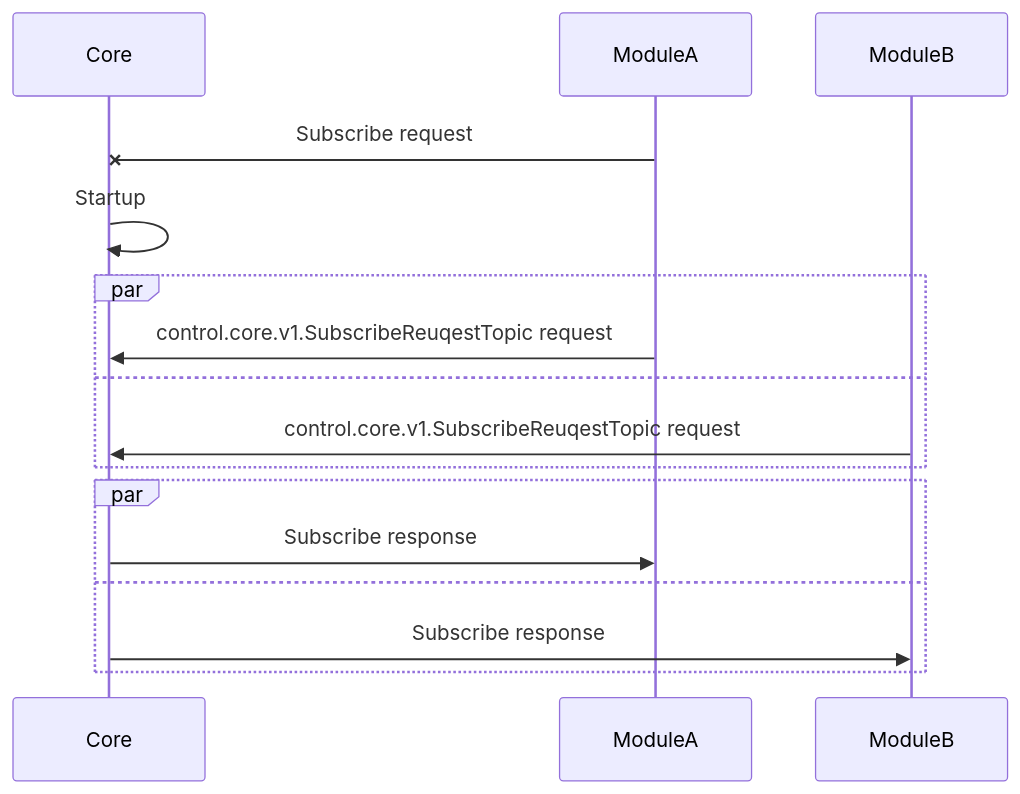
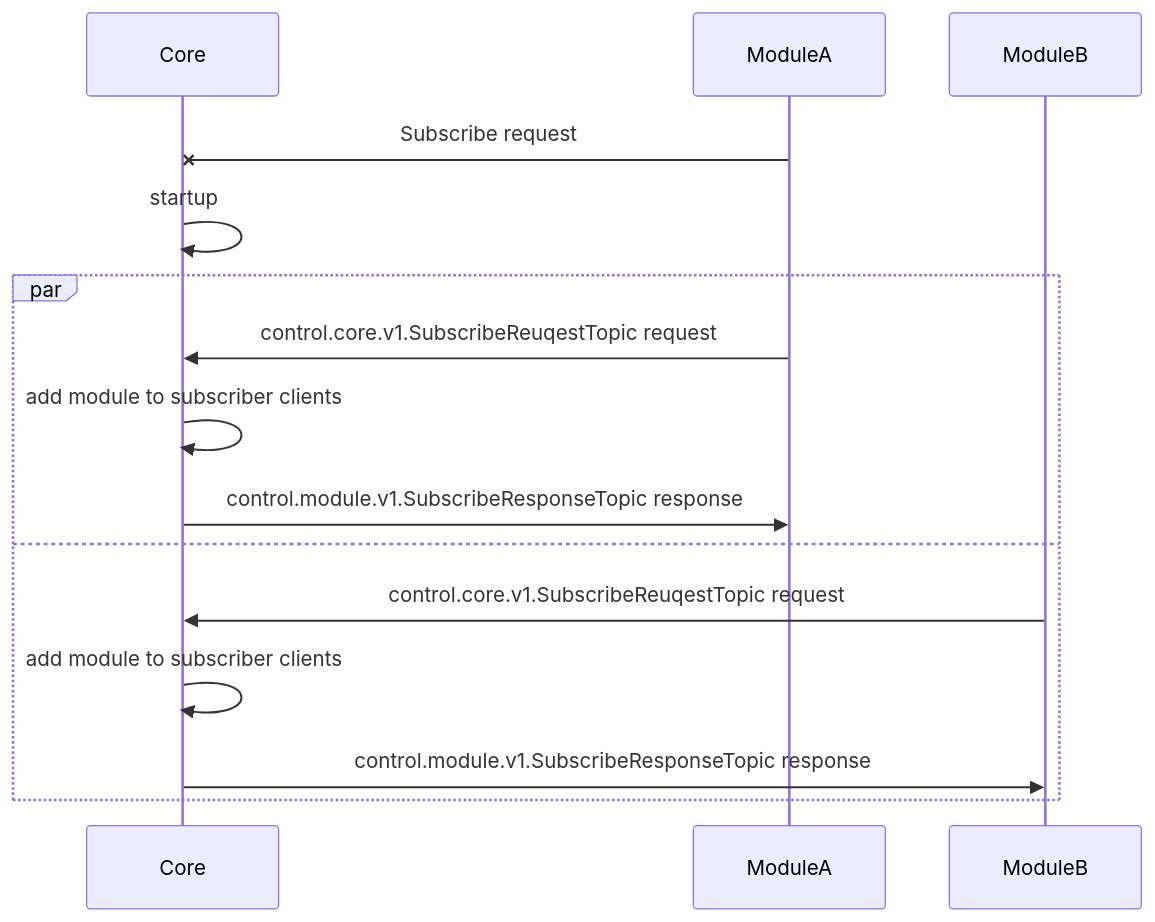
The diagram in docs/diagrams/core.md (dan9186/control-api), drawn with Mermaid before and after one commit. The commit also changed other lines of this file, not shown here.

Commit message:
more descriptive describe

````diff
--- a/docs/diagrams/core.md
+++ b/docs/diagrams/core.md
@@ -3,22 +3,20 @@
 ```mermaid
 sequenceDiagram
     participant Core
     participant ModuleA
     participant ModuleB
 
     ModuleA -x Core : Subscribe request
 
-    Core ->> Core : Startup
+    Core ->> Core : startup
 
     par
         ModuleA ->> Core : control.core.v1.SubscribeReuqestTopic request
+        Core ->> Core : add module to subscriber clients
+        Core ->> ModuleA : control.module.v1.SubscribeResponseTopic response
     and
         ModuleB ->> Core : control.core.v1.SubscribeReuqestTopic request
-    end
-
-    par
-        Core ->> ModuleA : Subscribe response
-    and
-        Core ->> ModuleB : Subscribe response
+        Core ->> Core : add module to subscriber clients
+        Core ->> ModuleB : control.module.v1.SubscribeResponseTopic response
     end
 ```
````
